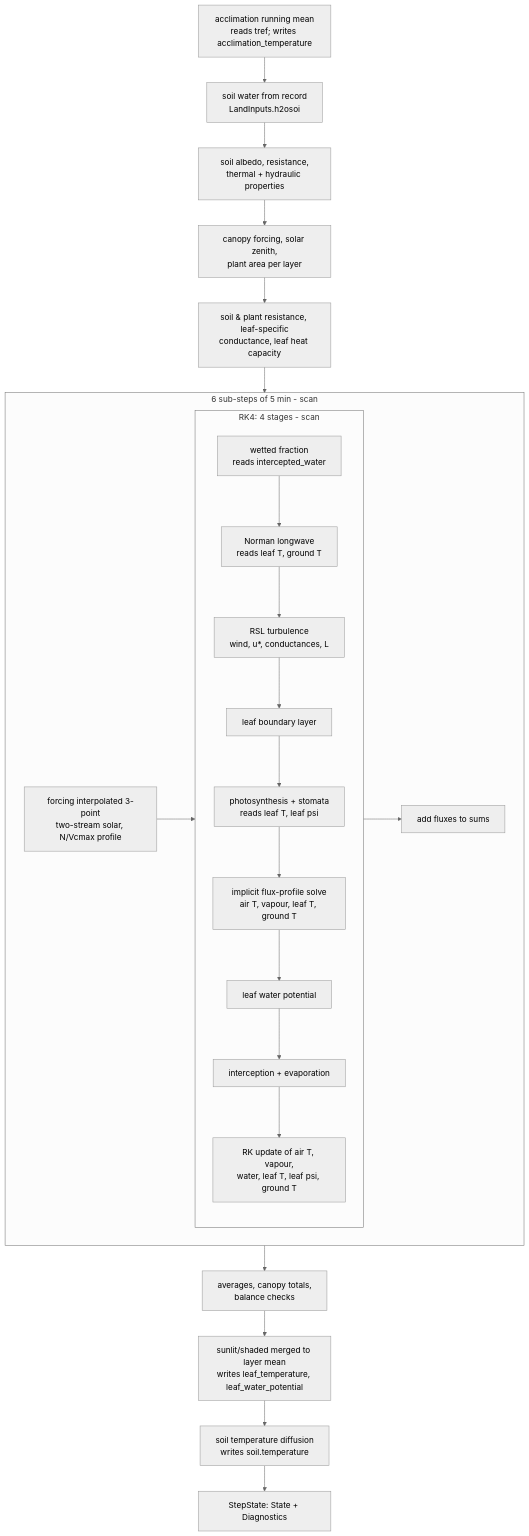
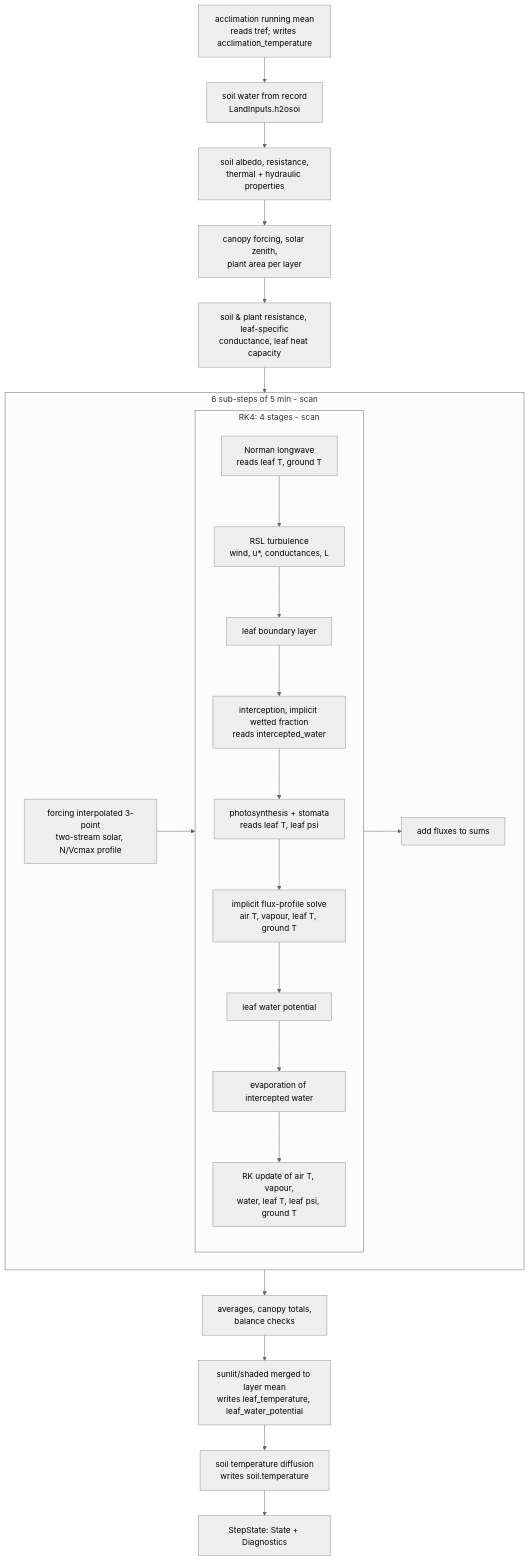
The second of 2 diagrams in docs/design/model_overview.md (AyaLahlou/clm-ml-jax), drawn with Mermaid (neutral theme) before and after one commit. The commit also changed other lines of this file and 18 other files, not shown here.

First line of the commit message:
Wetted fraction of the leaves from the water left at the end of the sub-step (decision 122, O76)

````diff
--- a/docs/design/model_overview.md
+++ b/docs/design/model_overview.md
@@ -308,27 +311,27 @@
 ```mermaid
 flowchart TB
   A[acclimation running mean<br/>reads tref; writes acclimation_temperature] --> B[soil water from record<br/>LandInputs.h2osoi]
   B --> C[soil albedo, resistance,<br/>thermal + hydraulic properties]
   C --> D[canopy forcing, solar zenith,<br/>plant area per layer]
   D --> E[soil & plant resistance, leaf-specific<br/>conductance, leaf heat capacity]
   E --> SUB
   subgraph SUB[6 sub-steps of 5 min - scan]
     R[forcing interpolated 3-point<br/>two-stream solar, N/Vcmax profile]
     subgraph RK[RK4: 4 stages - scan]
-      W[wetted fraction<br/>reads intercepted_water] --> LW[Norman longwave<br/>reads leaf T, ground T]
-      LW --> T[RSL turbulence<br/>wind, u*, conductances, L]
+      LW[Norman longwave<br/>reads leaf T, ground T] --> T[RSL turbulence<br/>wind, u*, conductances, L]
       T --> BL[leaf boundary layer]
-      BL --> PS[photosynthesis + stomata<br/>reads leaf T, leaf psi]
+      BL --> W[interception, implicit wetted fraction<br/>reads intercepted_water]
+      W --> PS[photosynthesis + stomata<br/>reads leaf T, leaf psi]
       PS --> FP[implicit flux-profile solve<br/>air T, vapour, leaf T, ground T]
       FP --> LWP[leaf water potential]
-      LWP --> INT[interception + evaporation]
+      LWP --> INT[evaporation of intercepted water]
       INT --> UPD[RK update of air T, vapour,<br/>water, leaf T, leaf psi, ground T]
     end
     R --> RK
     RK --> SUMS[add fluxes to sums]
   end
   SUB --> AV[averages, canopy totals,<br/>balance checks]
   AV --> MG[sunlit/shaded merged to layer mean<br/>writes leaf_temperature, leaf_water_potential]
   MG --> ST[soil temperature diffusion<br/>writes soil.temperature]
   ST --> OUT[StepState: State + Diagnostics]
 ```
````
